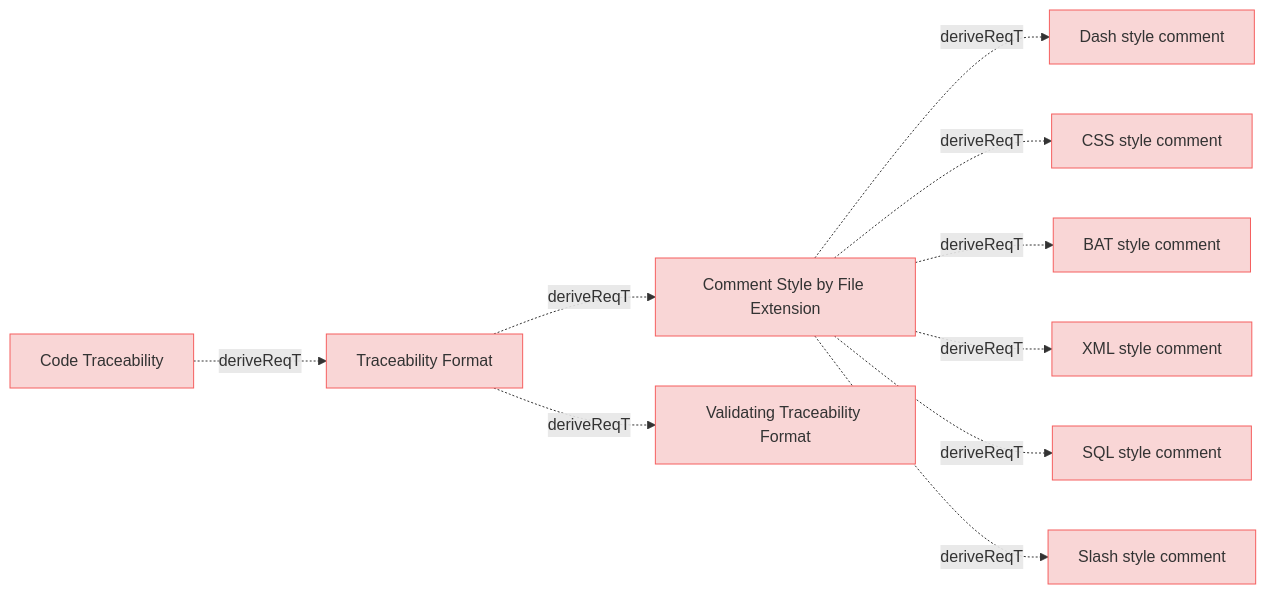
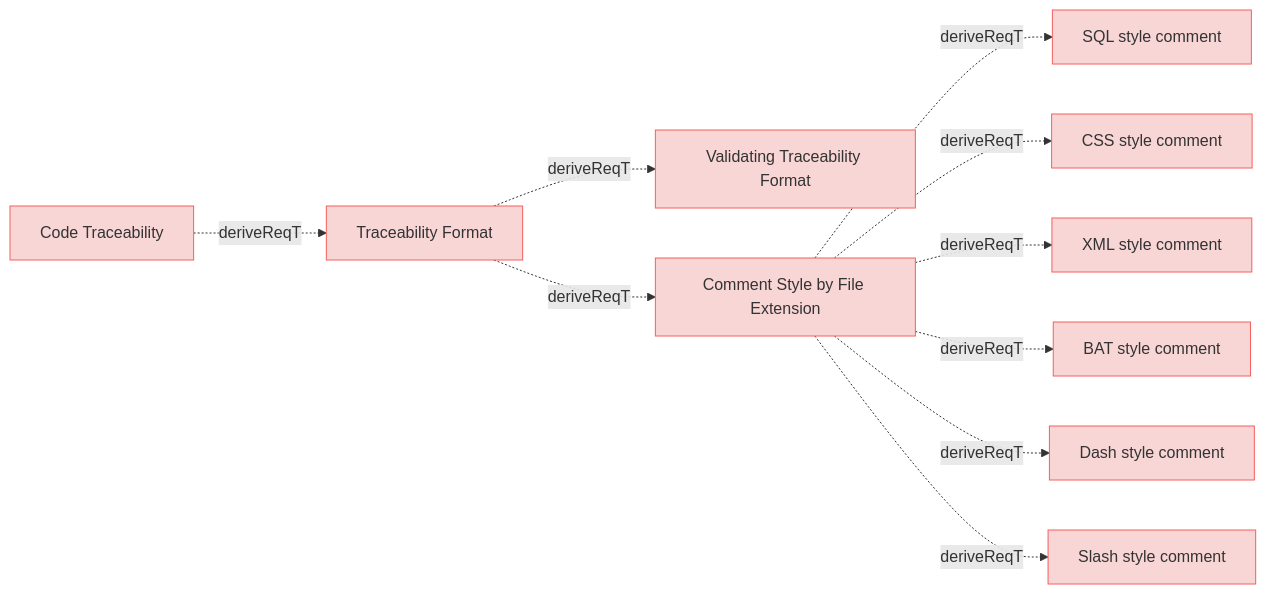
The diagram in specifications/CodeTraecabilityRequirements.md (reqvire-org/reqvire), drawn with Mermaid before and after one commit. The commit also changed other lines of this file and 81 other files, not shown here.

````diff
--- a/specifications/CodeTraecabilityRequirements.md
+++ b/specifications/CodeTraecabilityRequirements.md
@@ -4,49 +4,49 @@
 ```mermaid
 graph LR;
   %% REQVIRE-AUTOGENERATED-DIAGRAM
   %% Graph styling
   classDef userRequirement fill:#f9d6d6,stroke:#f55f5f,stroke-width:1px;
   classDef systemRequirement fill:#fce4e4,stroke:#e68a8a,stroke-width:1px;
   classDef verification fill:#d6f9d6,stroke:#5fd75f,stroke-width:1px;
   classDef default fill:#f5f5f5,stroke:#333333,stroke-width:1px;
 
+  39fc946195c12956["SQL style comment"];
+  class 39fc946195c12956 userRequirement;
+  click 39fc946195c12956 "CodeTraecabilityRequirements.md#sql-style-comment";
+  a91fc474f292f1c9["CSS style comment"];
+  class a91fc474f292f1c9 userRequirement;
+  click a91fc474f292f1c9 "CodeTraecabilityRequirements.md#css-style-comment";
+  3db41d3530e56596["Validating Traceability Format"];
+  class 3db41d3530e56596 userRequirement;
+  click 3db41d3530e56596 "CodeTraecabilityRequirements.md#validating-traceability-format";
+  9314736a59776478["Traceability Format"];
+  class 9314736a59776478 userRequirement;
+  click 9314736a59776478 "CodeTraecabilityRequirements.md#traceability-format";
+  9314736a59776478 -.->|deriveReqT| 3db41d3530e56596;
   f4c09ad7359812ff["Comment Style by File Extension"];
   class f4c09ad7359812ff userRequirement;
   click f4c09ad7359812ff "CodeTraecabilityRequirements.md#comment-style-by-file-extension";
+  9314736a59776478 -.->|deriveReqT| f4c09ad7359812ff;
+  f4c09ad7359812ff -.->|deriveReqT| 39fc946195c12956;
+  f4c09ad7359812ff -.->|deriveReqT| a91fc474f292f1c9;
+  474c97b7d0029622["XML style comment"];
+  class 474c97b7d0029622 userRequirement;
+  click 474c97b7d0029622 "CodeTraecabilityRequirements.md#xml-style-comment";
+  f4c09ad7359812ff -.->|deriveReqT| 474c97b7d0029622;
+  7fdde6a23819450b["BAT style comment"];
+  class 7fdde6a23819450b userRequirement;
+  click 7fdde6a23819450b "CodeTraecabilityRequirements.md#bat-style-comment";
+  f4c09ad7359812ff -.->|deriveReqT| 7fdde6a23819450b;
   be41c3d9e39abe6f["Dash style comment"];
   class be41c3d9e39abe6f userRequirement;
   click be41c3d9e39abe6f "CodeTraecabilityRequirements.md#dash-style-comment";
   f4c09ad7359812ff -.->|deriveReqT| be41c3d9e39abe6f;
-  a91fc474f292f1c9["CSS style comment"];
-  class a91fc474f292f1c9 userRequirement;
-  click a91fc474f292f1c9 "CodeTraecabilityRequirements.md#css-style-comment";
-  f4c09ad7359812ff -.->|deriveReqT| a91fc474f292f1c9;
-  7fdde6a23819450b["BAT style comment"];
-  class 7fdde6a23819450b userRequirement;
-  click 7fdde6a23819450b "CodeTraecabilityRequirements.md#bat-style-comment";
-  f4c09ad7359812ff -.->|deriveReqT| 7fdde6a23819450b;
-  474c97b7d0029622["XML style comment"];
-  class 474c97b7d0029622 userRequirement;
-  click 474c97b7d0029622 "CodeTraecabilityRequirements.md#xml-style-comment";
-  f4c09ad7359812ff -.->|deriveReqT| 474c97b7d0029622;
-  39fc946195c12956["SQL style comment"];
-  class 39fc946195c12956 userRequirement;
-  click 39fc946195c12956 "CodeTraecabilityRequirements.md#sql-style-comment";
-  f4c09ad7359812ff -.->|deriveReqT| 39fc946195c12956;
   99c4cc438042d855["Slash style comment"];
   class 99c4cc438042d855 userRequirement;
   click 99c4cc438042d855 "CodeTraecabilityRequirements.md#slash-style-comment";
   f4c09ad7359812ff -.->|deriveReqT| 99c4cc438042d855;
-  9314736a59776478["Traceability Format"];
-  class 9314736a59776478 userRequirement;
-  click 9314736a59776478 "CodeTraecabilityRequirements.md#traceability-format";
-  9314736a59776478 -.->|deriveReqT| f4c09ad7359812ff;
-  3db41d3530e56596["Validating Traceability Format"];
-  class 3db41d3530e56596 userRequirement;
-  click 3db41d3530e56596 "CodeTraecabilityRequirements.md#validating-traceability-format";
-  9314736a59776478 -.->|deriveReqT| 3db41d3530e56596;
   26ca72b617aff229["Code Traceability"];
   class 26ca72b617aff229 userRequirement;
   click 26ca72b617aff229 "UserRequirements.md#code-traceability";
   26ca72b617aff229 -.->|deriveReqT| 9314736a59776478;
 ```
````
